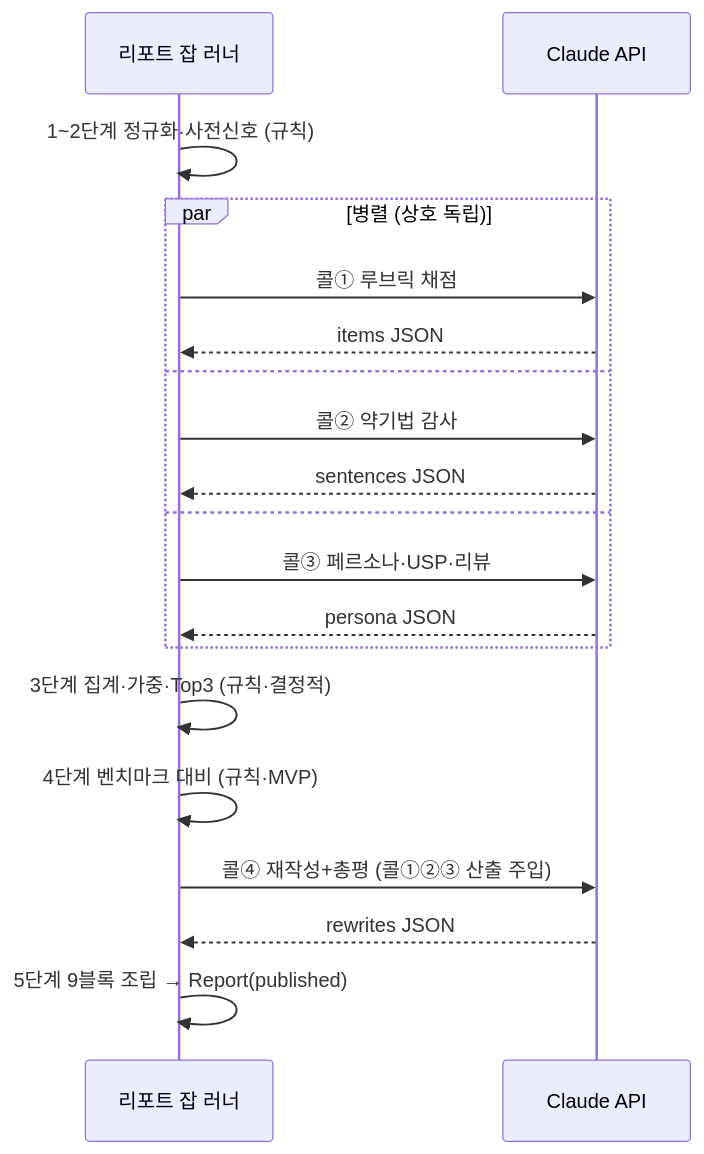
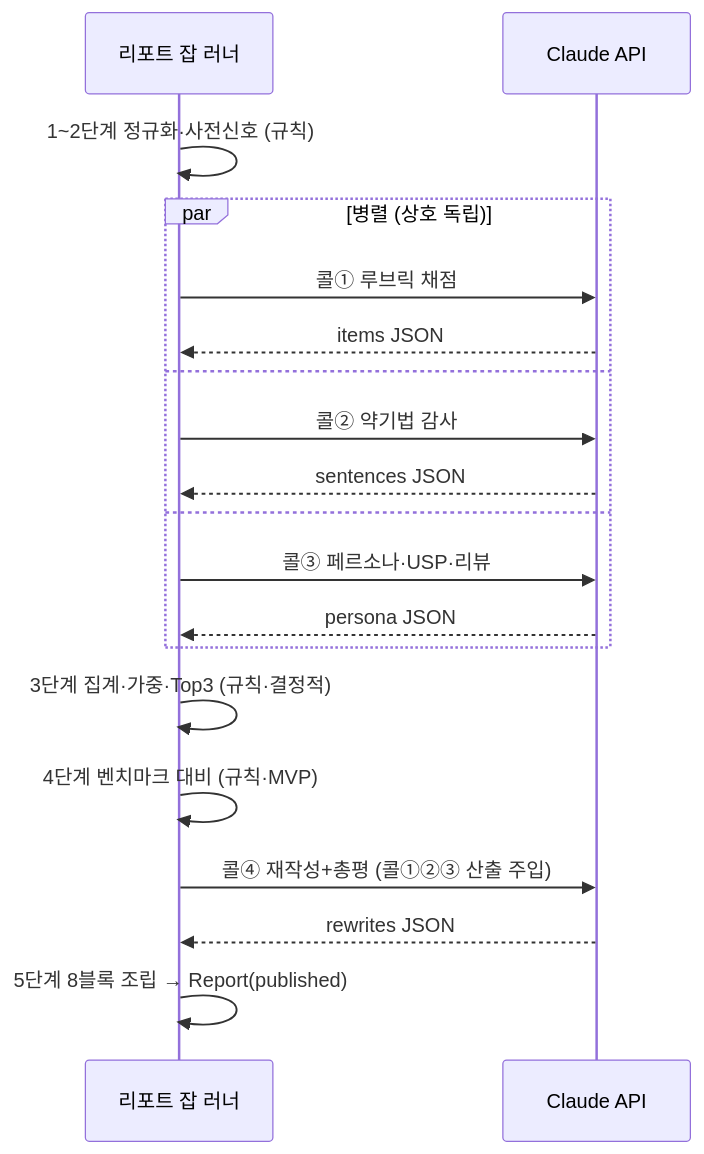
The fifth of 7 diagrams in docs/08-data-flow.md (duwjd/Branch-out-to-Japan), drawn with Mermaid before and after one commit. The commit also changed other lines of this file and 38 other files, not shown here.

````diff
--- a/docs/08-data-flow.md
+++ b/docs/08-data-flow.md
@@ -447,22 +447,22 @@
 ```mermaid
 sequenceDiagram
     participant Job as 리포트 잡 러너
     participant C as Claude API
 
     Job->>Job: 1~2단계 정규화·사전신호 (규칙)
     par 병렬 (상호 독립)
         Job->>C: 콜① 루브릭 채점
         C-->>Job: items JSON
     and
         Job->>C: 콜② 약기법 감사
         C-->>Job: sentences JSON
     and
         Job->>C: 콜③ 페르소나·USP·리뷰
         C-->>Job: persona JSON
     end
     Job->>Job: 3단계 집계·가중·Top3 (규칙·결정적)
     Job->>Job: 4단계 벤치마크 대비 (규칙·MVP)
     Job->>C: 콜④ 재작성+총평 (콜①②③ 산출 주입)
     C-->>Job: rewrites JSON
-    Job->>Job: 5단계 9블록 조립 → Report(published)
+    Job->>Job: 5단계 8블록 조립 → Report(published)
 ```
````
